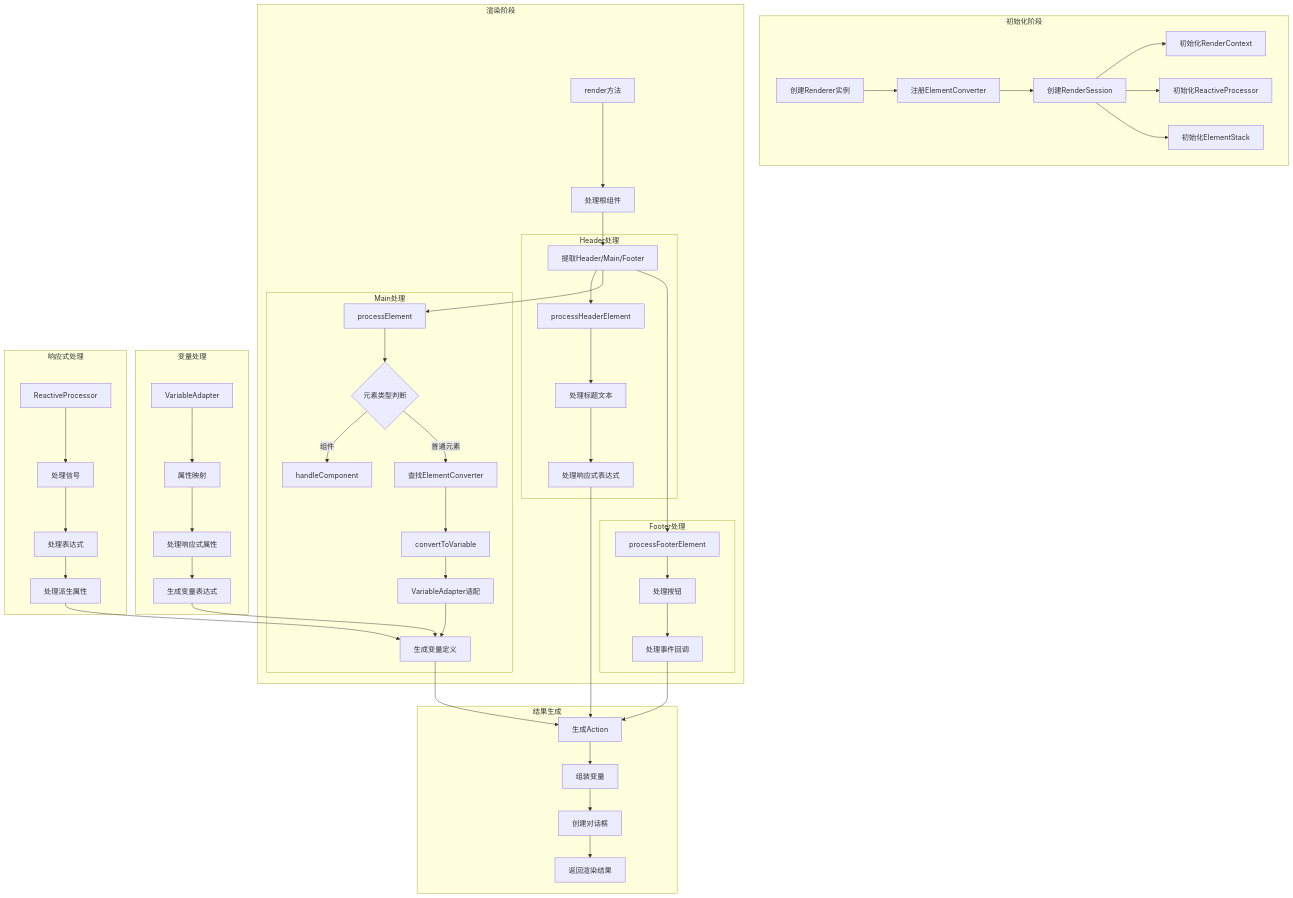
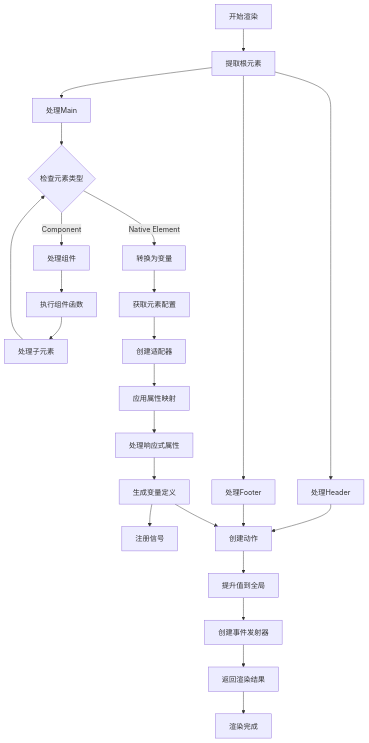
One commit to chongiou/kodex changed the second of 3 diagrams in README.md. Above: the diagram before and after it, drawn with Mermaid. The commit also changed other lines of this file and 9 other files, not shown here.

````diff
--- a/README.md
+++ b/README.md
@@ -55,62 +67,33 @@
 ```mermaid
-graph TD
-    subgraph 初始化阶段
-        A[创建Renderer实例] --> B[注册ElementConverter]
-        B --> C[创建RenderSession]
-        C --> D[初始化RenderContext]
-        C --> E[初始化ReactiveProcessor]
-        C --> F[初始化ElementStack]
-    end
-
-    subgraph 渲染阶段
-        G[render方法] --> H[处理根组件]
-        H --> I[提取Header/Main/Footer]
-        
-        subgraph Header处理
-            I --> J[processHeaderElement]
-            J --> K[处理标题文本]
-            K --> L[处理响应式表达式]
-        end
-
-        subgraph Main处理
-            I --> M[processElement]
-            M --> N{元素类型判断}
-            N -->|组件| O[handleComponent]
-            N -->|普通元素| P[查找ElementConverter]
-            P --> Q[convertToVariable]
-            Q --> R[VariableAdapter适配]
-            R --> S[生成变量定义]
-        end
-
-        subgraph Footer处理
-            I --> T[processFooterElement]
-            T --> U[处理按钮]
-            U --> V[处理事件回调]
-        end
-    end
-
-    subgraph 变量处理
-        W[VariableAdapter] --> X[属性映射]
-        X --> Y[处理响应式属性]
-        Y --> Z[生成变量表达式]
-    end
-
-    subgraph 响应式处理
-        AA[ReactiveProcessor] --> AB[处理信号]
-        AB --> AC[处理表达式]
-        AC --> AD[处理派生属性]
-    end
-
-    subgraph 结果生成
-        AE[生成Action] --> AF[组装变量]
-        AF --> AG[创建对话框]
-        AG --> AH[返回渲染结果]
-    end
-
-    %% 连接主要流程
-    S --> AE
-    L --> AE
-    V --> AE
-    AD --> S
-    Z --> S
-```
+flowchart TD
+    Start[开始渲染] --> ExtractRoot[提取根元素]
+    ExtractRoot --> ProcessHeader[处理Header]
+    ExtractRoot --> ProcessMain[处理Main]
+    ExtractRoot --> ProcessFooter[处理Footer]
+    
+    ProcessMain --> CheckType{检查元素类型}
+    CheckType -->|Component| HandleComponent[处理组件]
+    CheckType -->|Native Element| ConvertElement[转换为变量]
+    
+    HandleComponent --> ExecuteComponent[执行组件函数]
+    ExecuteComponent --> ProcessChildren[处理子元素]
+    ProcessChildren --> CheckType
+    
+    ConvertElement --> GetConfig[获取元素配置]
+    GetConfig --> CreateAdapter[创建适配器]
+    CreateAdapter --> ApplyMapping[应用属性映射]
+    ApplyMapping --> ProcessReactive[处理响应式属性]
+    
+    ProcessReactive --> GenerateVar[生成变量定义]
+    GenerateVar --> RegisterSignal[注册信号]
+    
+    ProcessHeader --> CreateAction[创建动作]
+    ProcessFooter --> CreateAction
+    GenerateVar --> CreateAction
+    
+    CreateAction --> HoistValues[提升值到全局]
+    HoistValues --> CreateEventEmitter[创建事件发射器]
+    CreateEventEmitter --> ReturnResult[返回渲染结果]
+    
+    ReturnResult --> End[渲染完成]
+  ```
````
